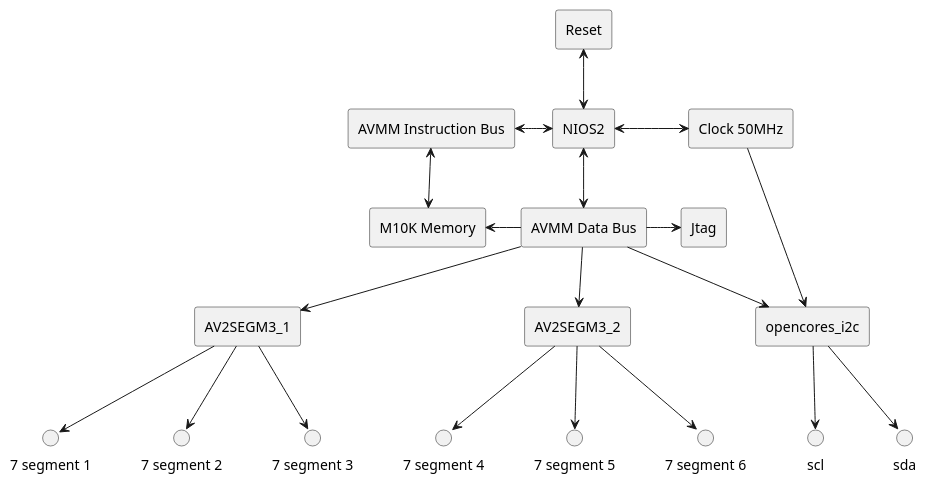
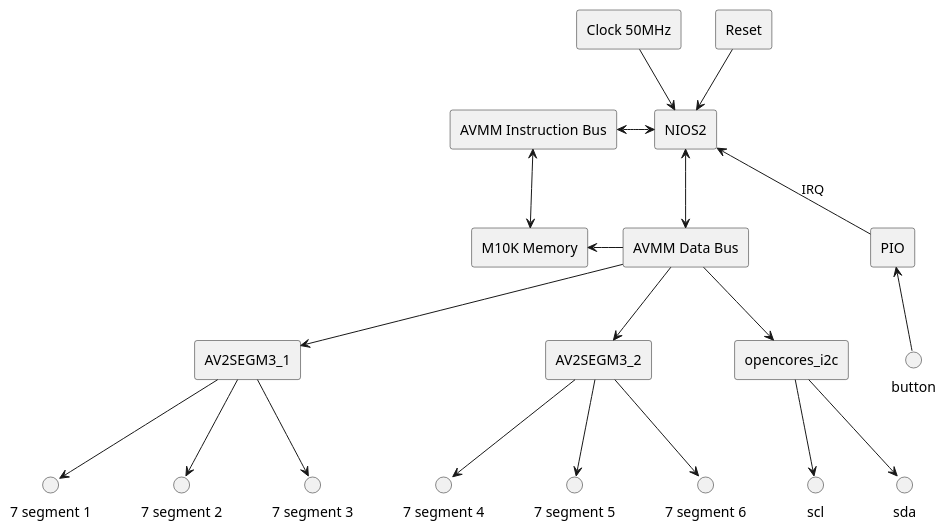
One commit to ESN2025/GEOFFRE_Project changed the second of 2 diagrams in readme.md. Above: the diagram before and after it, drawn with PlantUML. The commit also changed other lines of this file and 1 other file, not shown here.

````diff
--- a/readme.md
+++ b/readme.md
@@ -63,36 +63,36 @@
 ```plantuml
 @startuml
 
 rectangle NIOS2
 rectangle Reset
-rectangle Jtag
 rectangle "Clock 50MHz"
 rectangle "M10K Memory"
 rectangle "AVMM Data Bus"
 rectangle "AVMM Instruction Bus"
 rectangle "AV2SEGM3_1"
 rectangle "AV2SEGM3_2"
 rectangle "opencores_i2c"
+rectangle "PIO"
 
-NIOS2 <-u-> Reset 
-NIOS2 <-r-> "Clock 50MHz"
+NIOS2 <-u- Reset 
+NIOS2 <-u- "Clock 50MHz"
 NIOS2 <-l-> "AVMM Instruction Bus"
 NIOS2 <-d-> "AVMM Data Bus"
+NIOS2 <-d- "PIO" : IRQ
+PIO <-d- button
 "AVMM Instruction Bus" <-d-> "M10K Memory"
-"AVMM Data Bus" -r-> Jtag
 "AVMM Data Bus" -d-> "AV2SEGM3_1"
 "AVMM Data Bus" -d-> "AV2SEGM3_2"
 "AVMM Data Bus" -l-> "M10K Memory"
 "AVMM Data Bus" --> "opencores_i2c"
-"Clock 50MHz" --> "opencores_i2c"
 "opencores_i2c" --> "scl"
 "opencores_i2c" --> "sda"
 "AV2SEGM3_1" -d-> "7 segment 1"
 "AV2SEGM3_1" -d-> "7 segment 2"
 "AV2SEGM3_1" -d-> "7 segment 3"
 "AV2SEGM3_2" -d-> "7 segment 4"
 "AV2SEGM3_2" -d-> "7 segment 5"
 "AV2SEGM3_2" -d-> "7 segment 6"
 
 @enduml
 ```
````
